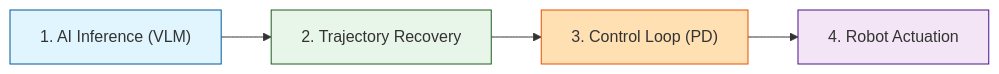
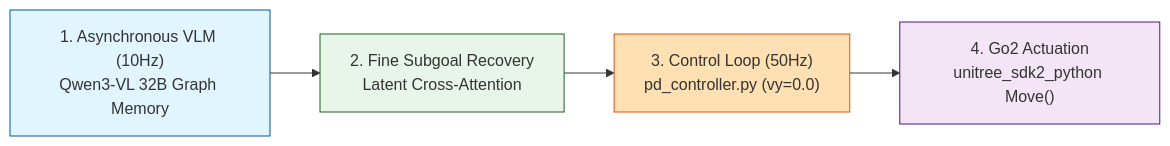
Before and after one commit to CGV-HGU/go2_ws: the first of 2 diagrams in docs/01_system_architecture.md, drawn with Mermaid. The commit also changed other lines of this file and 12 other files, not shown here.

````diff
--- a/docs/01_system_architecture.md
+++ b/docs/01_system_architecture.md
@@ -11,8 +11,8 @@
 ```mermaid
 graph LR
-    Step1["1. AI Inference (VLM)"] --> Step2["2. Trajectory Recovery"] --> Step3["3. Control Loop (PD)"] --> Step4["4. Robot Actuation"]
+    Step1["1. Asynchronous VLM (10Hz)<br/>Qwen3-VL 32B Graph Memory"] --> Step2["2. Fine Subgoal Recovery<br/>Latent Cross-Attention"] --> Step3["3. Control Loop (50Hz)<br/>pd_controller.py (vy=0.0)"] --> Step4["4. Go2 Actuation<br/>unitree_sdk2_python Move()"]
     style Step1 fill:#e1f5fe,stroke:#01579b,stroke-width:1px
     style Step2 fill:#e8f5e9,stroke:#1b5e20,stroke-width:1px
     style Step3 fill:#ffe0b2,stroke:#e65100,stroke-width:1px
     style Step4 fill:#f3e5f5,stroke:#4a148c,stroke-width:1px
 ```
````
